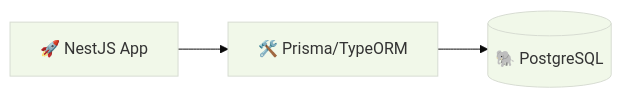
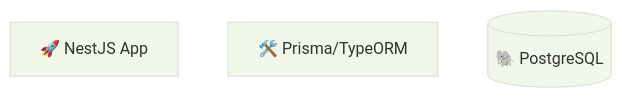
One commit to alvianzf/introduction-to-nest changed the diagram in docs/adrs/0001-use-postgres.md. Above: the diagram before and after it, drawn with Mermaid. The commit also changed 2 other files, not shown here.

Commit message:
Enhance Mermaid diagram visibility: Set lines and edges to white

````diff
--- a/docs/adrs/0001-use-postgres.md
+++ b/docs/adrs/0001-use-postgres.md
@@ -15,6 +15,6 @@
 ```mermaid
-%%{init: {'theme': 'base', 'themeVariables': { 'primaryColor': '#f1f8e9', 'edgeColor': '#33691e', 'tertiaryColor': '#e1f5fe'}}}%%
+%%{init: {'theme': 'base', 'themeVariables': { 'primaryColor': '#f1f8e9', 'edgeColor': '#ffffff', 'tertiaryColor': '#e1f5fe', 'lineColor': '#ffffff'}}}%%
 graph LR
     App[🚀 NestJS App] --> ORM[🛠️ Prisma/TypeORM]
     ORM --> DB[(🐘 PostgreSQL)]
 ```
````
